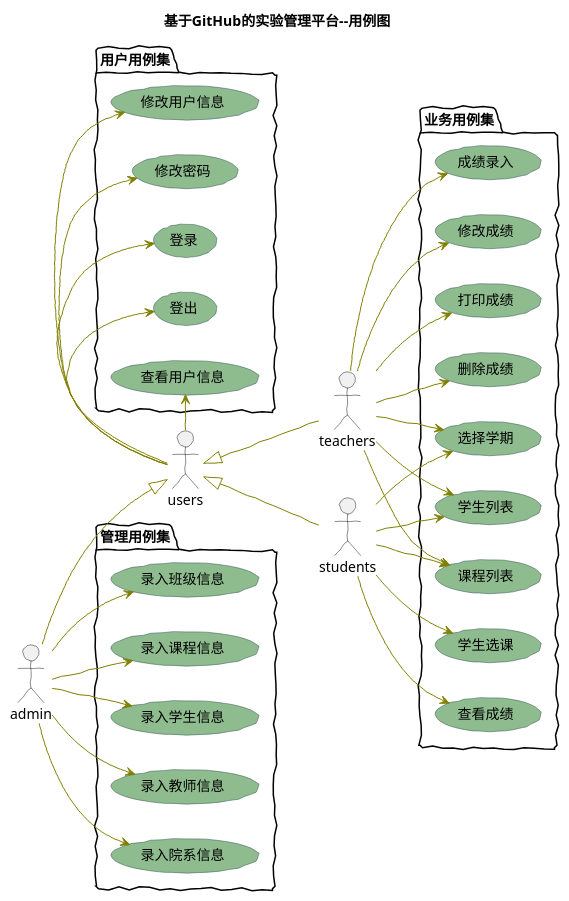
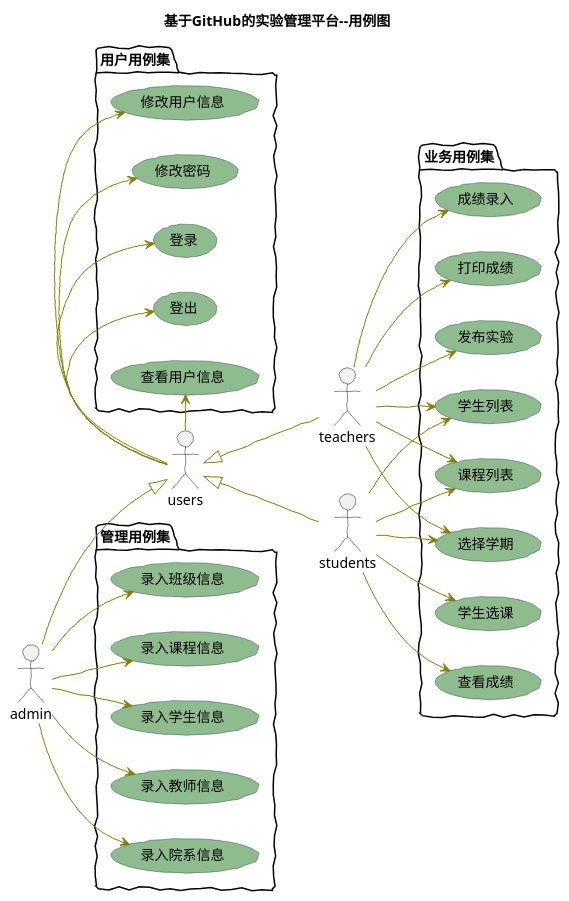
The diagram in test6/src/usecase.puml (guokunjin/is_analysis), drawn with PlantUML before and after one commit. The commit also changed 37 other files, not shown here.

```diff
--- a/test6/src/usecase.puml
+++ b/test6/src/usecase.puml
@@ -1,77 +1,76 @@
 @startuml
 skinparam handwritten true
 
 skinparam usecase {
 	BackgroundColor DarkSeaGreen
 	BorderColor DarkSlateGray
 
 	BackgroundColor<< Main >> YellowGreen
 	BorderColor<< Main >> YellowGreen
 
 	ArrowColor Olive
 	ActorBorderColor black
 	ActorFontName Courier
 
 	ActorBackgroundColor<< Human >> Gold
 }
 
 left to right direction
 title 基于GitHub的实验管理平台--用例图
 
 actor teachers
 
 actor students
 
 actor users
 
 users <|-- teachers
 
 users <|-up- admin
 
 users <|-- students
 
 
 package 用户用例集 {
 users -left-> (登录)
 
 users -left-> (登出)
 
 users -left-> (查看用户信息)
 
 users -left-> (修改用户信息)
 
 users -left-> (修改密码)
 
 }
 
 
 package 业务用例集 {
 
+teachers --> (发布实验)
 teachers --> (成绩录入)
-teachers --> (修改成绩)
 teachers --> (打印成绩)
-teachers --> (删除成绩)
 teachers --> (课程列表)
 teachers --> (选择学期)
 teachers --> (学生列表)
 
 students --> (课程列表)
 students --> (选择学期)
 students --> (学生列表)
 students --> (学生选课)
 students --> (查看成绩)
 
 }
 
 package 管理用例集{
 
 admin --> (录入学生信息)
 admin --> (录入教师信息)
 admin --> (录入院系信息)
 admin --> (录入班级信息)
 admin --> (录入课程信息)
 
 }
 
 
 @enduml
```
